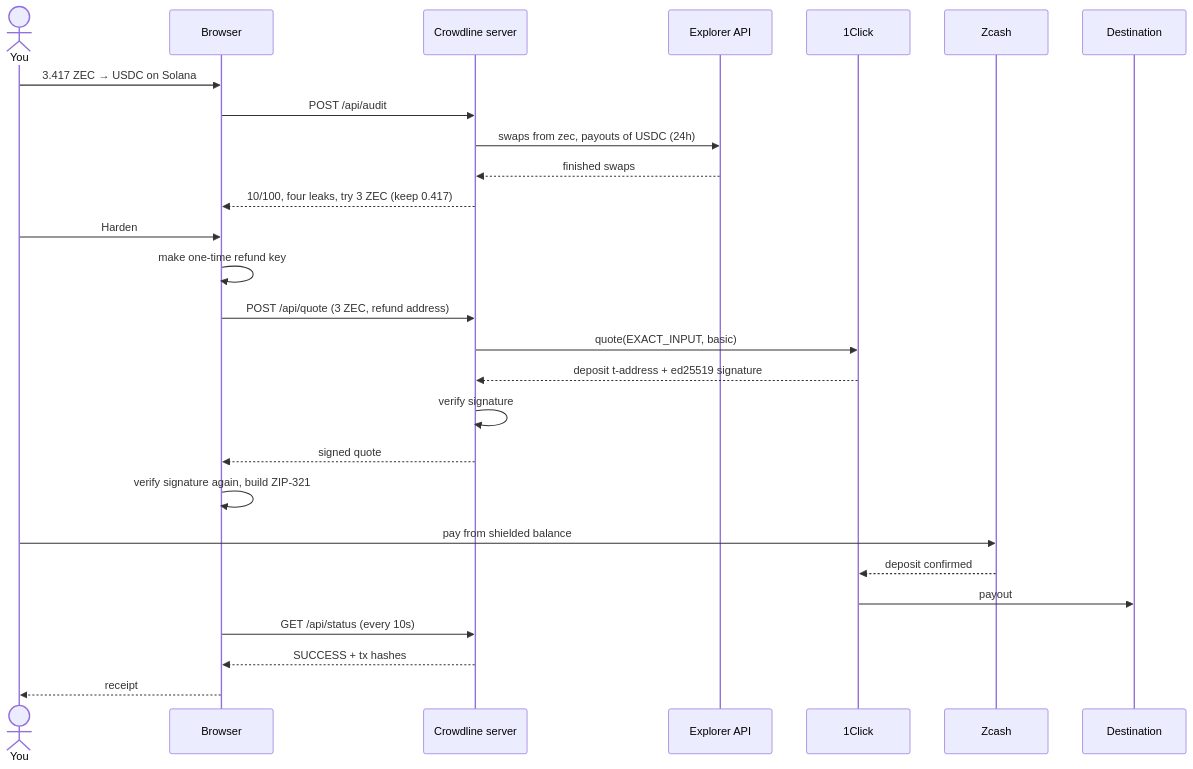
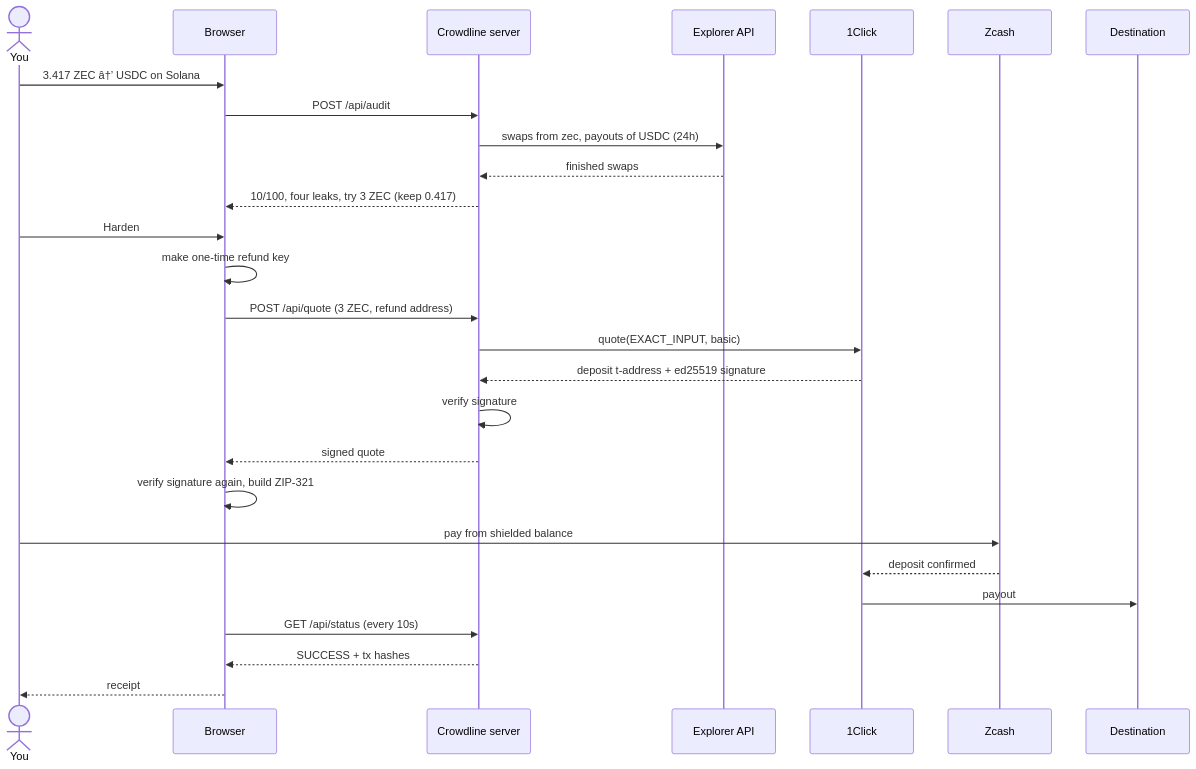
One commit to softalpha0/Crowdline changed the third of 3 diagrams in README.md. Above: the diagram before and after it, drawn with Mermaid. The commit also changed other lines of this file, not shown here.

````diff
--- a/README.md
+++ b/README.md
@@ -241,30 +241,30 @@
 ```mermaid
 sequenceDiagram
   actor U as You
   participant B as Browser
   participant C as Crowdline server
   participant E as Explorer API
   participant O as 1Click
   participant Z as Zcash
   participant D as Destination
 
-  U->>B: 3.417 ZEC → USDC on Solana
+  U->>B: 3.417 ZEC â†’ USDC on Solana
   B->>C: POST /api/audit
   C->>E: swaps from zec, payouts of USDC (24h)
   E-->>C: finished swaps
   C-->>B: 10/100, four leaks, try 3 ZEC (keep 0.417)
   U->>B: Harden
   B->>B: make one-time refund key
   B->>C: POST /api/quote (3 ZEC, refund address)
   C->>O: quote(EXACT_INPUT, basic)
   O-->>C: deposit t-address + ed25519 signature
   C->>C: verify signature
   C-->>B: signed quote
   B->>B: verify signature again, build ZIP-321
   U->>Z: pay from shielded balance
   Z-->>O: deposit confirmed
   O->>D: payout
   B->>C: GET /api/status (every 10s)
   C-->>B: SUCCESS + tx hashes
   B-->>U: receipt
 ```
````
